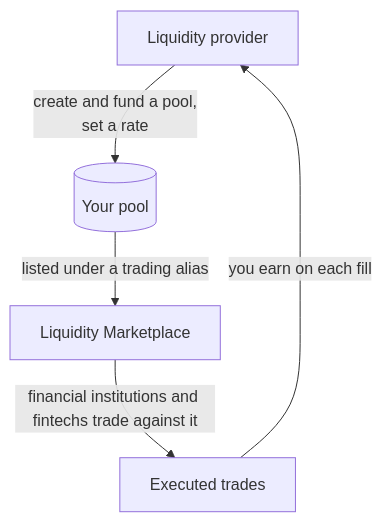
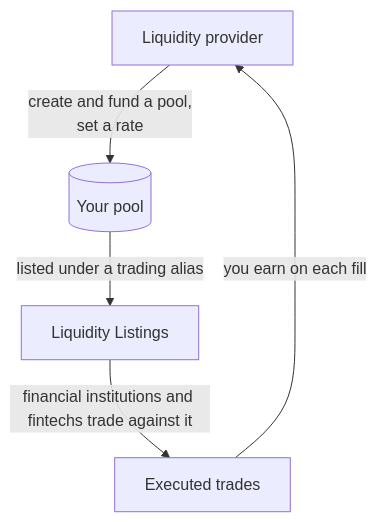
One commit to Hyper-Rail/docs changed the diagram in use-cases/liquidity-providers.mdx. Above: the diagram before and after it, drawn with Mermaid. The commit also changed 13 other files, not shown here.

First line of the commit message:
docs: add Tron network and rename Liquidity Marketplace to Liquidity Listings

````diff
--- a/use-cases/liquidity-providers.mdx
+++ b/use-cases/liquidity-providers.mdx
@@ -9,7 +9,7 @@
 ```mermaid
 flowchart TB
   YOU["Liquidity provider"] -->|"create and fund a pool,<br/>set a rate"| POOL[("Your pool")]
-  POOL -->|"listed under a trading alias"| MKT["Liquidity Marketplace"]
+  POOL -->|"listed under a trading alias"| MKT["Liquidity Listings"]
   MKT -->|"financial institutions and fintechs trade against it"| TRADE["Executed trades"]
   TRADE -->|"you earn on each fill"| YOU
 ```
````
